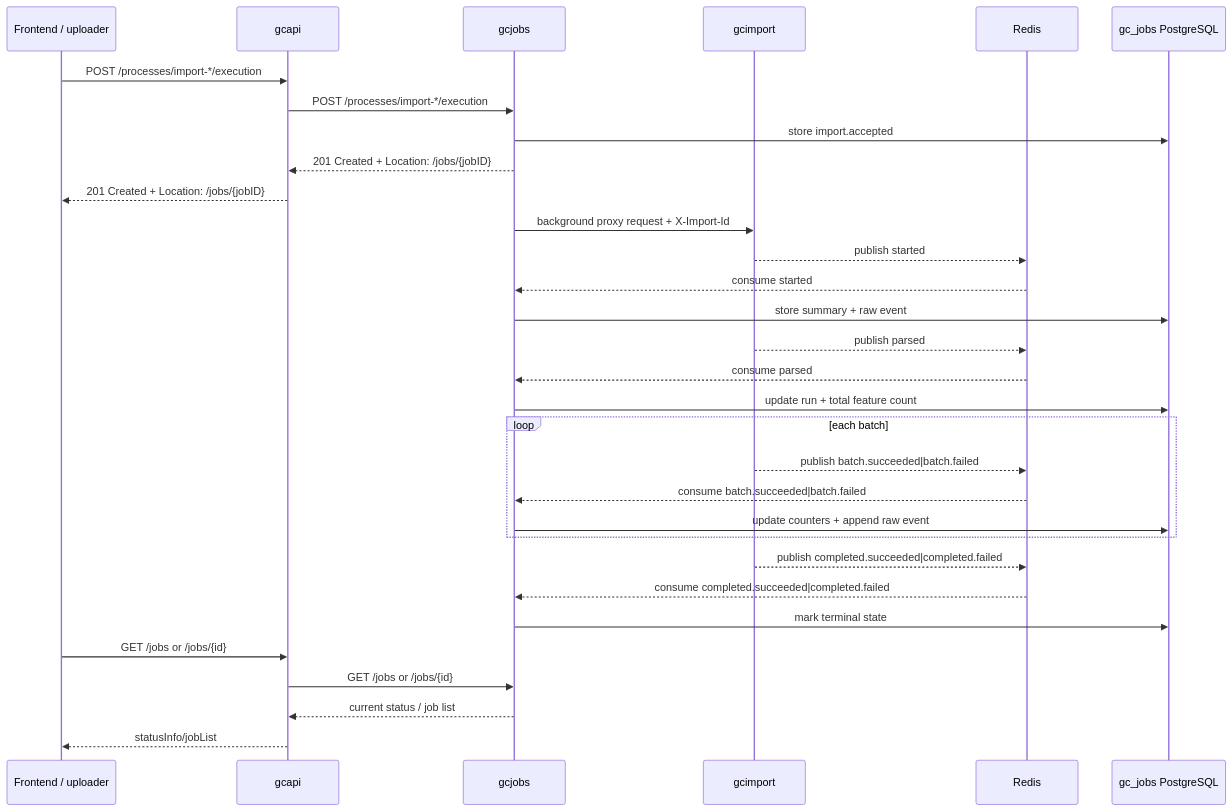
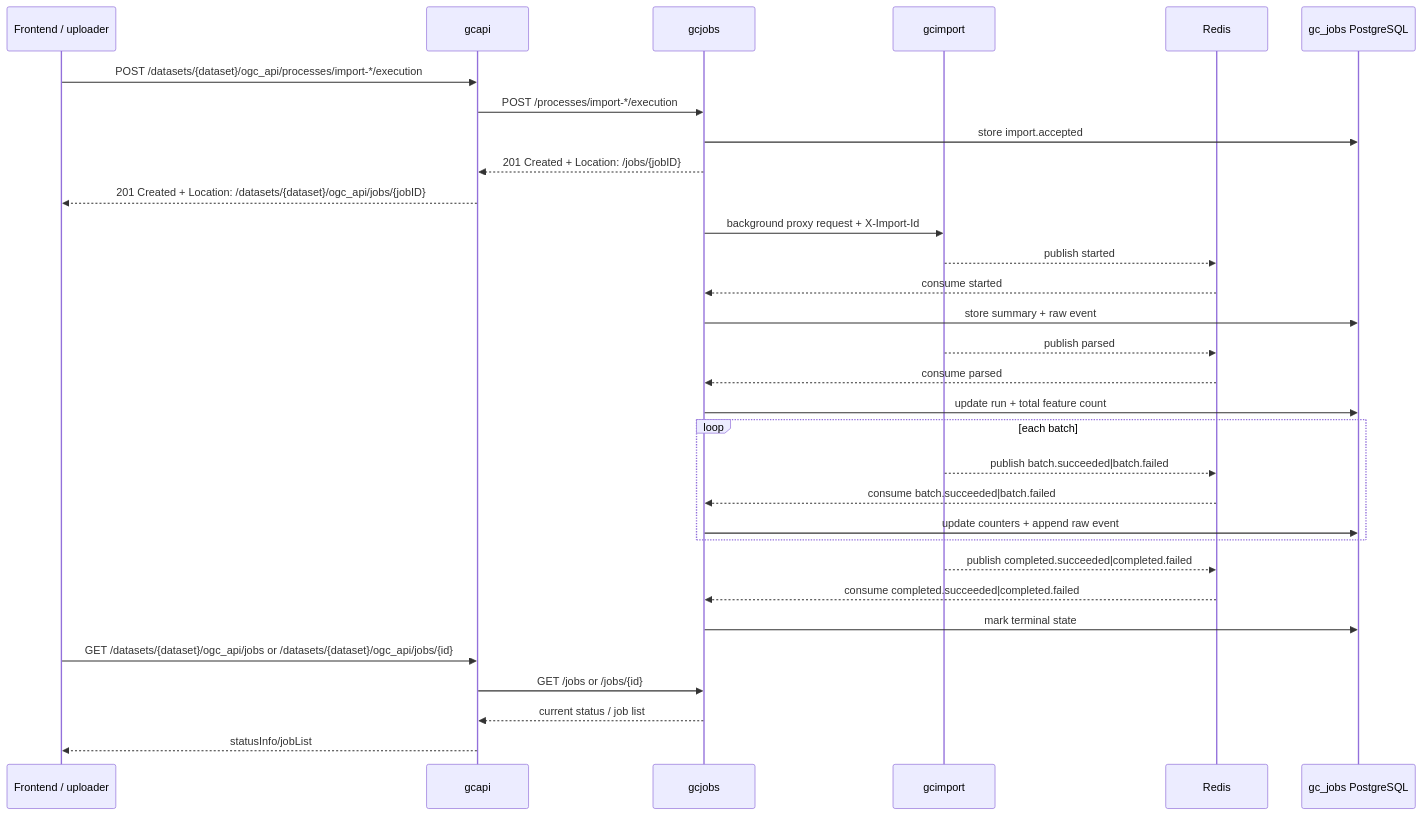
Before and after one commit to kartverket/topografisk-gdb-api: the eighth of 10 diagrams in docs/ARCHITECTURE.md, drawn with Mermaid. The commit also changed other lines of this file and 14 other files, not shown here.

````diff
--- a/docs/ARCHITECTURE.md
+++ b/docs/ARCHITECTURE.md
@@ -331,37 +331,37 @@
 ```mermaid
 sequenceDiagram
   participant FE as Frontend / uploader
   participant A as gcapi
   participant J as gcjobs
   participant I as gcimport
   participant R as Redis
   participant JDB as gc_jobs PostgreSQL
 
-  FE->>A: POST /processes/import-*/execution
+  FE->>A: POST /datasets/{dataset}/ogc_api/processes/import-*/execution
   A->>J: POST /processes/import-*/execution
   J->>JDB: store import.accepted
   J-->>A: 201 Created + Location: /jobs/{jobID}
-  A-->>FE: 201 Created + Location: /jobs/{jobID}
+  A-->>FE: 201 Created + Location: /datasets/{dataset}/ogc_api/jobs/{jobID}
   J->>I: background proxy request + X-Import-Id
   I-->>R: publish started
   R-->>J: consume started
   J->>JDB: store summary + raw event
 
   I-->>R: publish parsed
   R-->>J: consume parsed
   J->>JDB: update run + total feature count
 
   loop each batch
     I-->>R: publish batch.succeeded|batch.failed
     R-->>J: consume batch.succeeded|batch.failed
     J->>JDB: update counters + append raw event
   end
 
   I-->>R: publish completed.succeeded|completed.failed
   R-->>J: consume completed.succeeded|completed.failed
   J->>JDB: mark terminal state
-  FE->>A: GET /jobs or /jobs/{id}
+  FE->>A: GET /datasets/{dataset}/ogc_api/jobs or /datasets/{dataset}/ogc_api/jobs/{id}
   A->>J: GET /jobs or /jobs/{id}
   J-->>A: current status / job list
   A-->>FE: statusInfo/jobList
 ```
````
